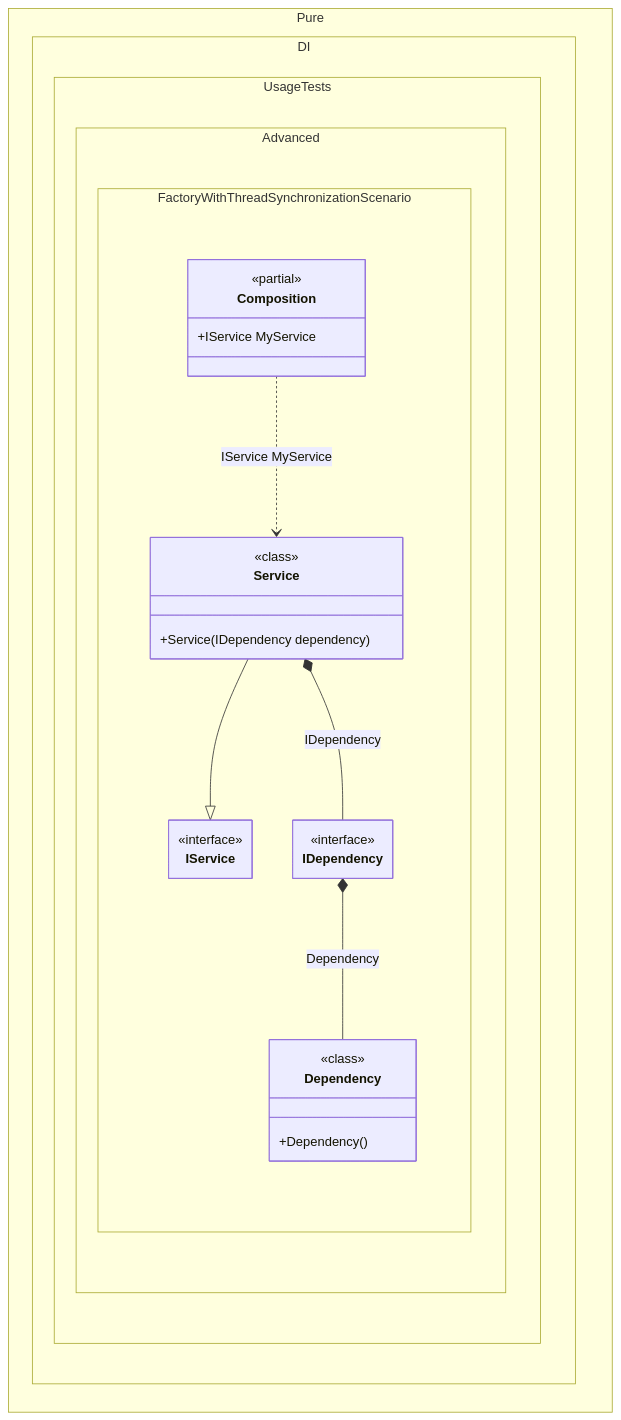
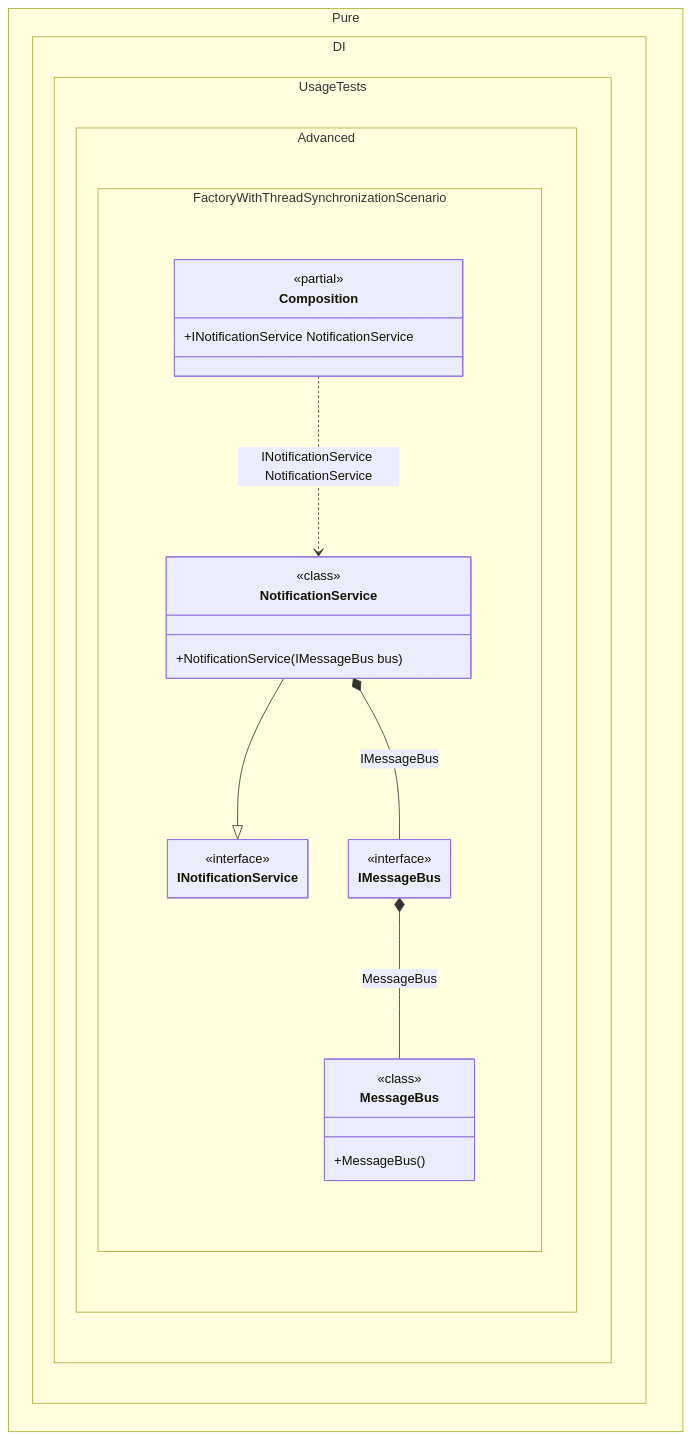
One commit to DevTeam/Pure.DI changed the diagram in readme/factory-with-thread-synchronization.md. Above: the diagram before and after it, drawn with Mermaid. The commit also changed other lines of this file and 126 other files, not shown here.

````diff
--- a/readme/factory-with-thread-synchronization.md
+++ b/readme/factory-with-thread-synchronization.md
@@ -135,34 +136,34 @@
 ```mermaid
 ---
  config:
   maxTextSize: 2147483647
   maxEdges: 2147483647
   class:
    hideEmptyMembersBox: true
 ---
 classDiagram
-	Service --|> IService
-	Composition ..> Service : IService MyService
-	IDependency *--  Dependency : Dependency
-	Service *--  IDependency : IDependency
+	NotificationService --|> INotificationService
+	Composition ..> NotificationService : INotificationService NotificationService
+	IMessageBus *--  MessageBus : MessageBus
+	NotificationService *--  IMessageBus : IMessageBus
 	namespace Pure.DI.UsageTests.Advanced.FactoryWithThreadSynchronizationScenario {
 		class Composition {
 		<<partial>>
-		+IService MyService
+		+INotificationService NotificationService
 		}
-		class Dependency {
-				<<class>>
-			+Dependency()
-		}
-		class IDependency {
+		class IMessageBus {
 				<<interface>>
 		}
-		class IService {
+		class INotificationService {
 			<<interface>>
 		}
-		class Service {
+		class MessageBus {
 				<<class>>
-			+Service(IDependency dependency)
+			+MessageBus()
+		}
+		class NotificationService {
+				<<class>>
+			+NotificationService(IMessageBus bus)
 		}
 	}
 ```
````
